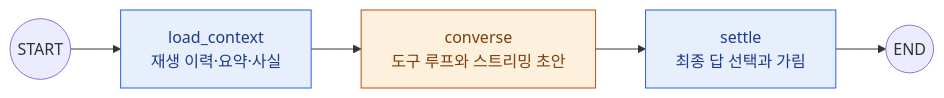
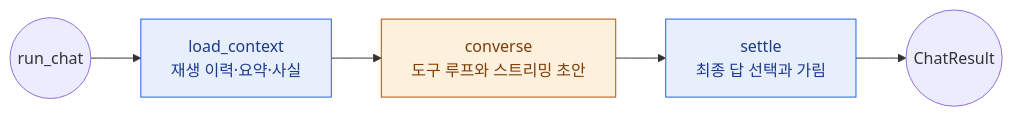
The second of 13 diagrams in ARCHITECTURE.md (agent-tracer/tracer-agent-python), drawn with Mermaid before and after one commit. The commit also changed other lines of this file and 3 other files, not shown here.

````diff
--- a/ARCHITECTURE.md
+++ b/ARCHITECTURE.md
@@ -62,10 +67,10 @@
 ```mermaid
 flowchart LR
     classDef llm fill:#FDF0DC,stroke:#B45309,color:#7C3E0A
     classDef code fill:#E7EEFC,stroke:#2563EB,color:#1E3A8A
 
-    S((START)) --> LC["load_context<br/>재생 이력·요약·사실"]:::code
+    S((run_chat)) --> LC["load_context<br/>재생 이력·요약·사실"]:::code
     LC --> CV["converse<br/>도구 루프와 스트리밍 초안"]:::llm
     CV --> ST["settle<br/>최종 답 선택과 가림"]:::code
-    ST --> E((END))
+    ST --> E((ChatResult))
 ```
````
